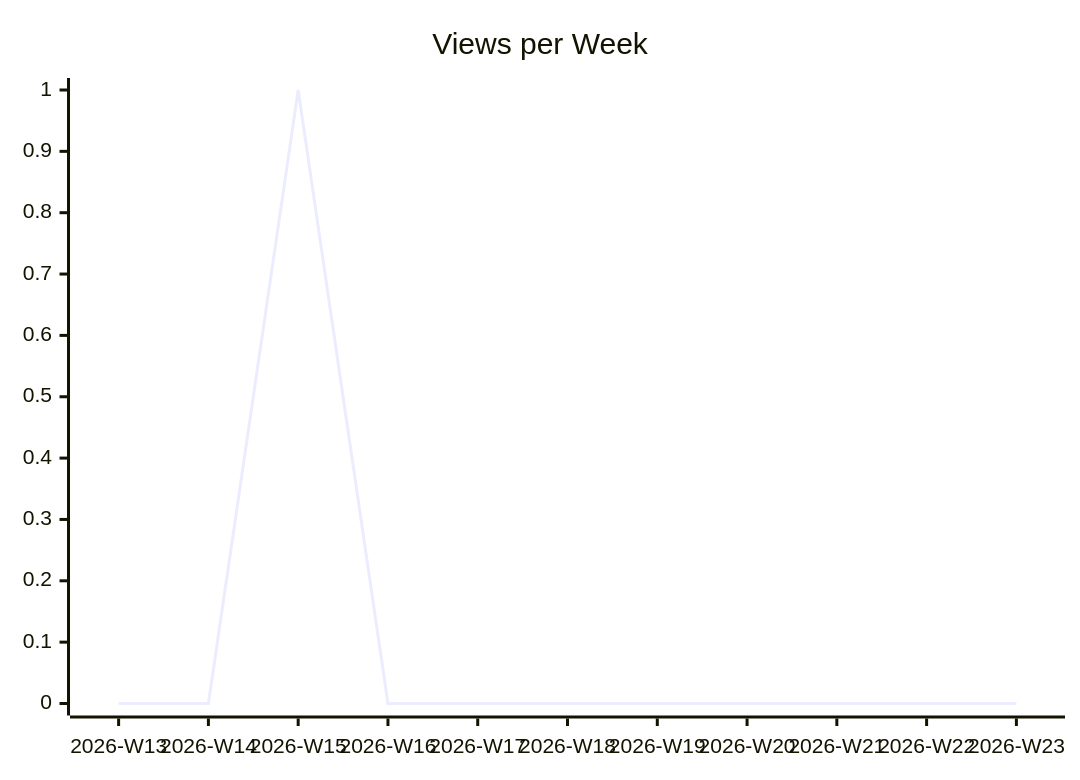
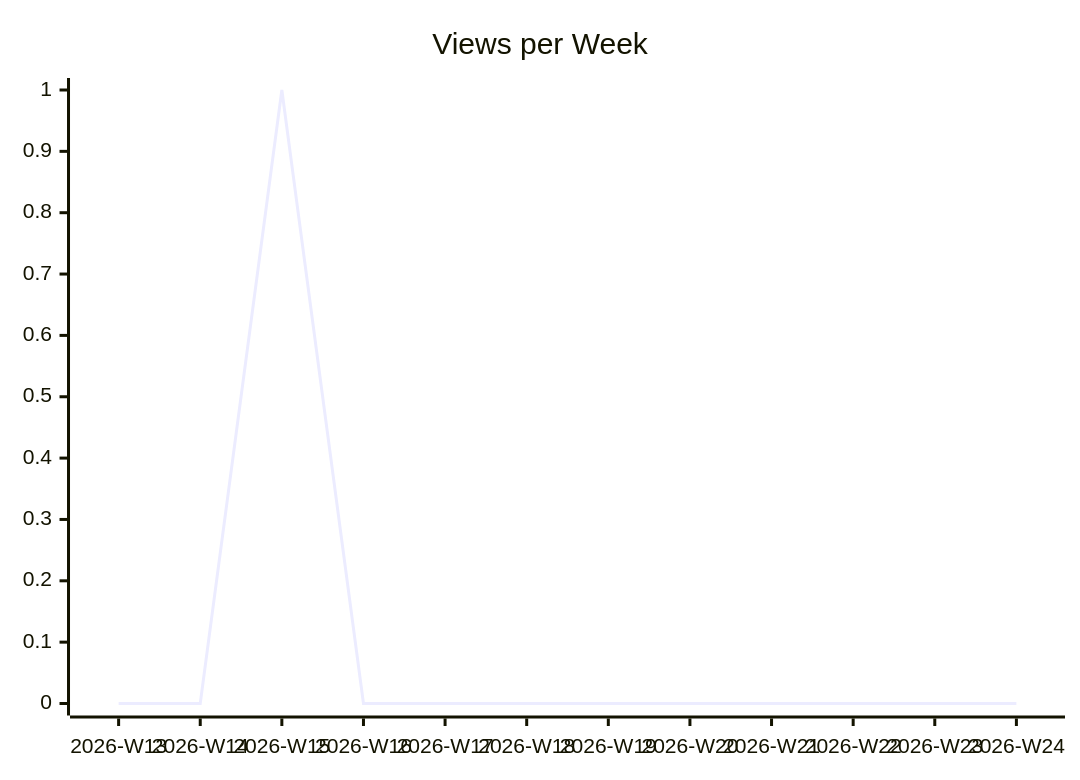
One commit to justdavis-family/github-analytics-data changed the second of 3 diagrams in karlmdavis/obsidian-operator/README.md. Above: the diagram before and after it, drawn with Mermaid. The commit also changed other lines of this file and 189 other files, not shown here.

````diff
--- a/karlmdavis/obsidian-operator/README.md
+++ b/karlmdavis/obsidian-operator/README.md
@@ -12,6 +12,6 @@
 ```mermaid
 xychart-beta
   title "Views per Week"
-  x-axis ["2026-W13", "2026-W14", "2026-W15", "2026-W16", "2026-W17", "2026-W18", "2026-W19", "2026-W20", "2026-W21", "2026-W22", "2026-W23"]
-  line [0, 0, 1, 0, 0, 0, 0, 0, 0, 0, 0]
+  x-axis ["2026-W13", "2026-W14", "2026-W15", "2026-W16", "2026-W17", "2026-W18", "2026-W19", "2026-W20", "2026-W21", "2026-W22", "2026-W23", "2026-W24"]
+  line [0, 0, 1, 0, 0, 0, 0, 0, 0, 0, 0, 0]
 ```
````
